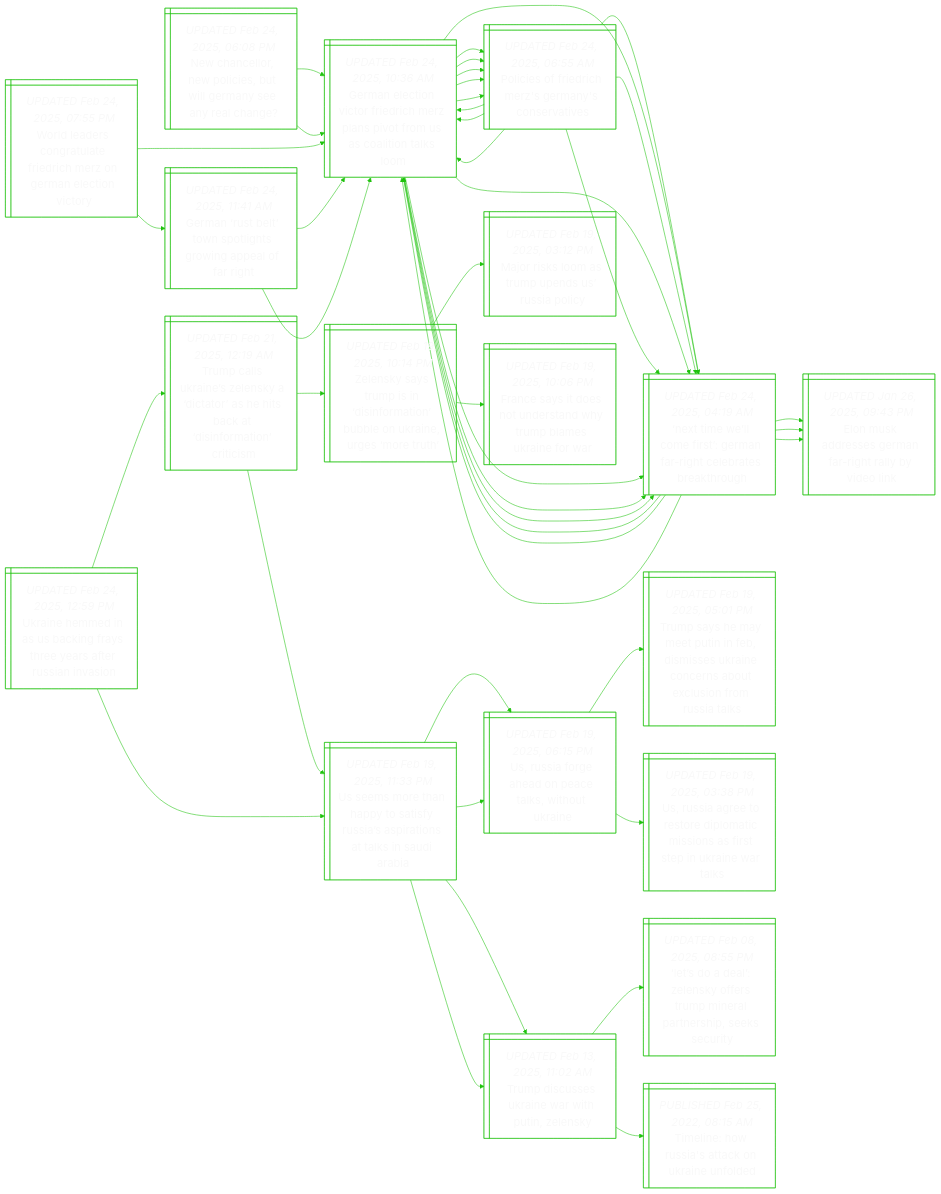
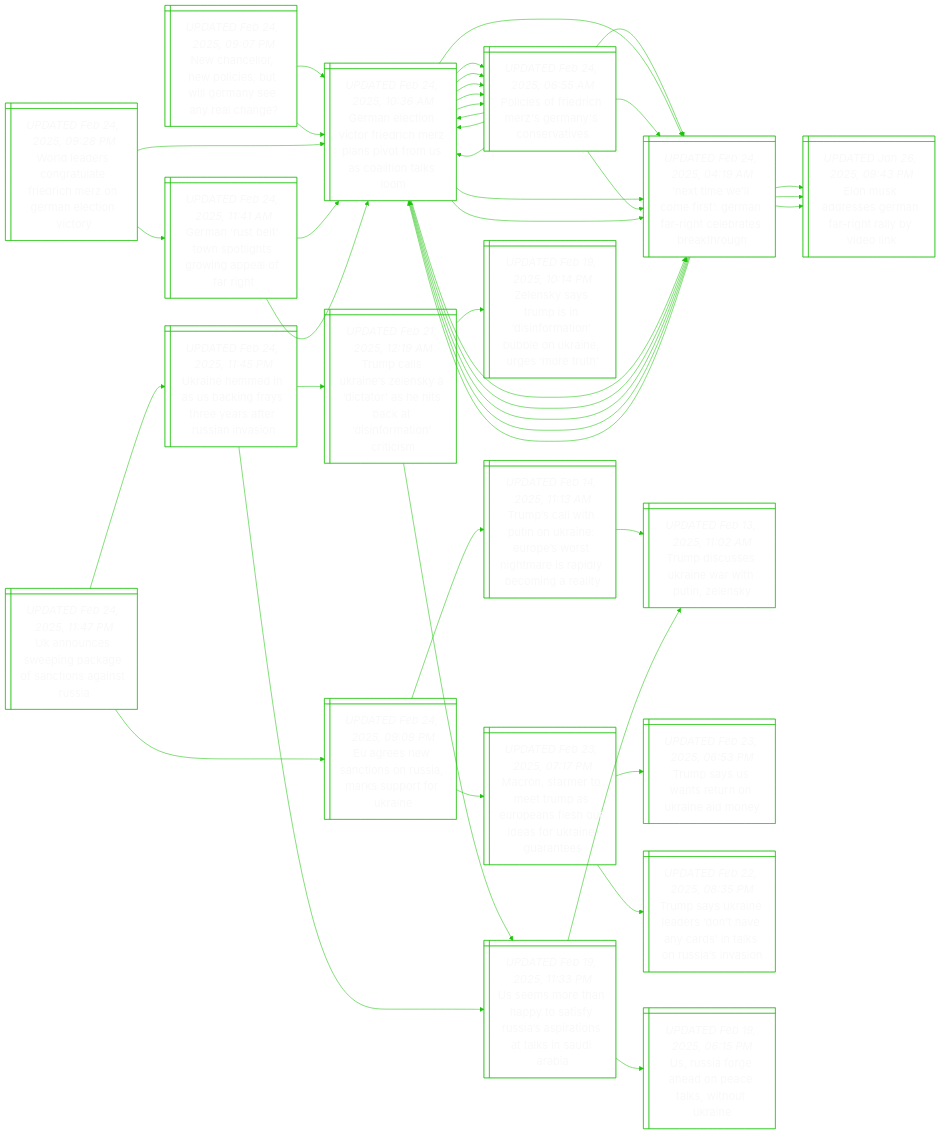
One commit to notJmes/notJmes changed the diagram in README.md. Above: the diagram before and after it, drawn with Mermaid. The commit also changed other lines of this file, not shown here.

````diff
--- a/README.md
+++ b/README.md
@@ -16,7 +16,7 @@
 flowchart LR
 classDef txtsize font-size:20px;
 
-Nalwculaeea@{ shape: win-pane, label: "_UPDATED Feb 24, 2025, 06:08 PM_
+Nalwculaeea@{ shape: win-pane, label: "_UPDATED Feb 24, 2025, 09:07 PM_
 New chancellor, new policies, but will germany see any real change?" }
 GntiFreavositl@{ shape: win-pane, label: "_UPDATED Feb 24, 2025, 10:36 AM_
 German election victor friedrich merz plans pivot from us as coalition talks loom" }
@@ -62,7 +62,7 @@
 Niletarcrbtg:::txtsize --> Eudemrtydn:::txtsize
 Niletarcrbtg:::txtsize --> GntiFreavositl:::txtsize
 
-Wlrglrireeic@{ shape: win-pane, label: "_UPDATED Feb 24, 2025, 07:55 PM_
+Wlrglrireeic@{ shape: win-pane, label: "_UPDATED Feb 24, 2025, 09:28 PM_
 World leaders congratulate friedrich merz on german election victory" }
 GntiFreavositl@{ shape: win-pane, label: "_UPDATED Feb 24, 2025, 10:36 AM_
 German election victor friedrich merz plans pivot from us as coalition talks loom" }
@@ -108,50 +108,47 @@
 GntiFreavositl:::txtsize --> PiFreeyst:::txtsize
 GntiFreavositl:::txtsize --> Niletarcrbtg:::txtsize
 
-Unmaagsesrivn@{ shape: win-pane, label: "_UPDATED Feb 24, 2025, 12:59 PM_
+Uospaenniu@{ shape: win-pane, label: "_UPDATED Feb 24, 2025, 11:47 PM_
+Uk announces sweeping package of sanctions against russia" }
+Eewtosrpfr@{ shape: win-pane, label: "_UPDATED Feb 24, 2025, 09:09 PM_
+Eu agrees new sanctions on russia, marks support for ukraine" }
+Tswunirwnmsdcgl@{ shape: win-pane, label: "_UPDATED Feb 14, 2025, 11:13 AM_
+Trump’s call with putin on ukraine: europe’s worst nightmare is rapidly becoming a reality" }
+Tdskeitly@{ shape: win-pane, label: "_UPDATED Feb 13, 2025, 11:02 AM_
+Trump discusses ukraine war with putin, zelensky" }
+Mnmmrspfoeriae@{ shape: win-pane, label: "_UPDATED Feb 23, 2025, 07:17 PM_
+Macron, starmer to meet trump as europeans flesh out ideas for ukraine guarantees" }
+TsSsrkeo@{ shape: win-pane, label: "_UPDATED Feb 23, 2025, 06:53 PM_
+Trump says us wants return on ukraine aid money" }
+Tskeeneanssii@{ shape: win-pane, label: "_UPDATED Feb 22, 2025, 08:35 PM_
+Trump says ukraine leaders ‘don’t have any cards’ in talks on russia’s invasion" }
+Unmaagsesrivn@{ shape: win-pane, label: "_UPDATED Feb 24, 2025, 11:45 PM_
 Ukraine hemmed in as us backing frays three years after russian invasion" }
 TcUnlytaicioiis@{ shape: win-pane, label: "_UPDATED Feb 21, 2025, 12:19 AM_
 Trump calls ukraine’s zelensky a ‘dictator’ as he hits back at ‘disinformation’ criticism" }
+Umehtiusrnanii@{ shape: win-pane, label: "_UPDATED Feb 19, 2025, 11:33 PM_
+Us seems more than happy to satisfy russia’s aspirations at talks in saudi arabia" }
+Zsymnnaberumr@{ shape: win-pane, label: "_UPDATED Feb 19, 2025, 10:14 PM_
+Zelensky says trump is in ‘disinformation’ bubble on ukraine, urges ‘more truth’" }
 Umehtiusrnanii@{ shape: win-pane, label: "_UPDATED Feb 19, 2025, 11:33 PM_
 Us seems more than happy to satisfy russia’s aspirations at talks in saudi arabia" }
 Usreptwua@{ shape: win-pane, label: "_UPDATED Feb 19, 2025, 06:15 PM_
 Us, russia forge ahead on peace talks, without ukraine" }
 Tdskeitly@{ shape: win-pane, label: "_UPDATED Feb 13, 2025, 11:02 AM_
 Trump discusses ukraine war with putin, zelensky" }
-Zsymnnaberumr@{ shape: win-pane, label: "_UPDATED Feb 19, 2025, 10:14 PM_
-Zelensky says trump is in ‘disinformation’ bubble on ukraine, urges ‘more truth’" }
-Mrlspdupy@{ shape: win-pane, label: "_UPDATED Feb 19, 2025, 03:12 PM_
-Major risks loom as trump upends us’ russia policy" }
-Feisnthmmrfr@{ shape: win-pane, label: "_UPDATED Feb 19, 2025, 10:06 PM_
-France says it does not understand why trump blames ukraine for war" }
-Umehtiusrnanii@{ shape: win-pane, label: "_UPDATED Feb 19, 2025, 11:33 PM_
-Us seems more than happy to satisfy russia’s aspirations at talks in saudi arabia" }
-Usreptwua@{ shape: win-pane, label: "_UPDATED Feb 19, 2025, 06:15 PM_
-Us, russia forge ahead on peace talks, without ukraine" }
-TseetFseaonulnRas@{ shape: win-pane, label: "_UPDATED Feb 19, 2025, 05:01 PM_
-Trump says he may meet putin in feb, dismisses ukraine concerns about exclusion from russia talks" }
-Usrrrlisasprwl@{ shape: win-pane, label: "_UPDATED Feb 19, 2025, 03:38 PM_
-Us, russia agree to restore diplomatic missions as first step in ukraine war talks" }
-Tdskeitly@{ shape: win-pane, label: "_UPDATED Feb 13, 2025, 11:02 AM_
-Trump discusses ukraine war with putin, zelensky" }
-LolnfTmathecy@{ shape: win-pane, label: "_UPDATED Feb 08, 2025, 08:55 PM_
-‘let’s do a deal’: zelensky offers trump mineral partnership, seeks security" }
-Tiwitnifd@{ shape: win-pane, label: "_PUBLISHED Feb 25, 2022, 08:15 AM_
-Timeline: how russia's attack on ukraine unfolded" }
 
+Uospaenniu:::txtsize --> Eewtosrpfr:::txtsize
+Eewtosrpfr:::txtsize --> Tswunirwnmsdcgl:::txtsize
+Tswunirwnmsdcgl:::txtsize --> Tdskeitly:::txtsize
+Eewtosrpfr:::txtsize --> Mnmmrspfoeriae:::txtsize
+Mnmmrspfoeriae:::txtsize --> TsSsrkeo:::txtsize
+Mnmmrspfoeriae:::txtsize --> Tskeeneanssii:::txtsize
+Uospaenniu:::txtsize --> Unmaagsesrivn:::txtsize
 Unmaagsesrivn:::txtsize --> TcUnlytaicioiis:::txtsize
 TcUnlytaicioiis:::txtsize --> Umehtiusrnanii:::txtsize
+TcUnlytaicioiis:::txtsize --> Zsymnnaberumr:::txtsize
+Unmaagsesrivn:::txtsize --> Umehtiusrnanii:::txtsize
 Umehtiusrnanii:::txtsize --> Usreptwua:::txtsize
 Umehtiusrnanii:::txtsize --> Tdskeitly:::txtsize
-TcUnlytaicioiis:::txtsize --> Zsymnnaberumr:::txtsize
-Zsymnnaberumr:::txtsize --> Mrlspdupy:::txtsize
-Zsymnnaberumr:::txtsize --> Feisnthmmrfr:::txtsize
-Unmaagsesrivn:::txtsize --> Umehtiusrnanii:::txtsize
-Umehtiusrnanii:::txtsize --> Usreptwua:::txtsize
-Usreptwua:::txtsize --> TseetFseaonulnRas:::txtsize
-Usreptwua:::txtsize --> Usrrrlisasprwl:::txtsize
-Umehtiusrnanii:::txtsize --> Tdskeitly:::txtsize
-Tdskeitly:::txtsize --> LolnfTmathecy:::txtsize
-Tdskeitly:::txtsize --> Tiwitnifd:::txtsize
 
 ```
````
